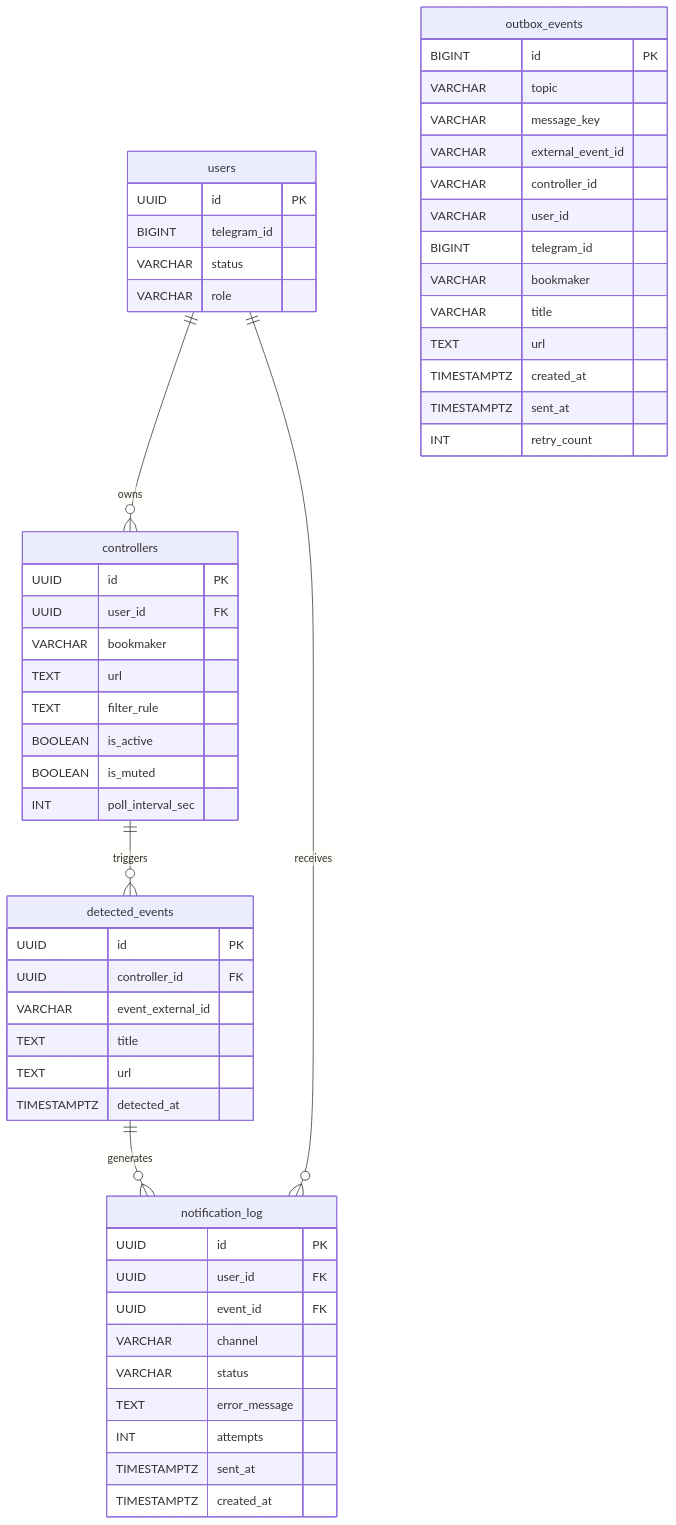
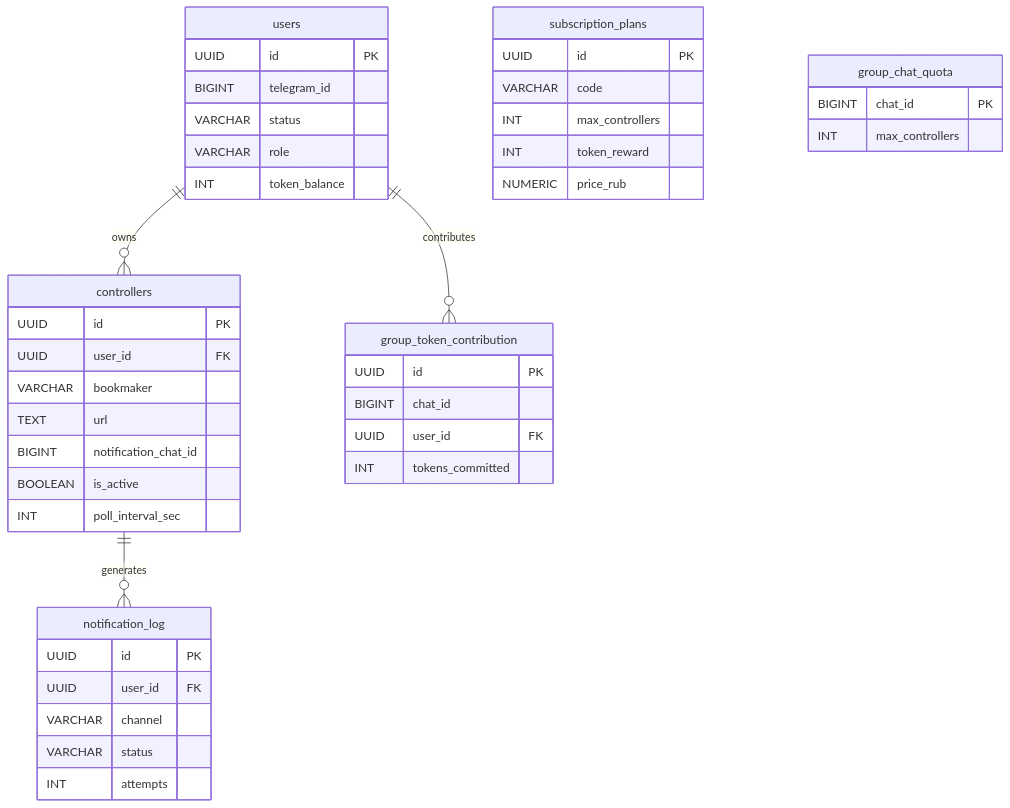
Before and after one commit to Hitman-nn/Valui_v2: the third of 3 diagrams in docs/ARCHITECTURE.md, drawn with Mermaid. The commit also changed other lines of this file and 87 other files, not shown here.

````diff
--- a/docs/ARCHITECTURE.md
+++ b/docs/ARCHITECTURE.md
@@ -625,62 +438,52 @@
 ```mermaid
 erDiagram
     users {
         UUID id PK
         BIGINT telegram_id
         VARCHAR status
         VARCHAR role
+        INT token_balance
+    }
+
+    subscription_plans {
+        UUID id PK
+        VARCHAR code
+        INT max_controllers
+        INT token_reward
+        NUMERIC price_rub
     }
 
     controllers {
         UUID id PK
         UUID user_id FK
         VARCHAR bookmaker
         TEXT url
-        TEXT filter_rule
+        BIGINT notification_chat_id
         BOOLEAN is_active
-        BOOLEAN is_muted
         INT poll_interval_sec
     }
 
-    detected_events {
-        UUID id PK
-        UUID controller_id FK
-        VARCHAR event_external_id
-        TEXT title
-        TEXT url
-        TIMESTAMPTZ detected_at
+    group_chat_quota {
+        BIGINT chat_id PK
+        INT max_controllers
     }
 
-    outbox_events {
-        BIGINT id PK
-        VARCHAR topic
-        VARCHAR message_key
-        VARCHAR external_event_id
-        VARCHAR controller_id
-        VARCHAR user_id
-        BIGINT telegram_id
-        VARCHAR bookmaker
-        VARCHAR title
-        TEXT url
-        TIMESTAMPTZ created_at
-        TIMESTAMPTZ sent_at
-        INT retry_count
+    group_token_contribution {
+        UUID id PK
+        BIGINT chat_id
+        UUID user_id FK
+        INT tokens_committed
     }
 
     notification_log {
         UUID id PK
         UUID user_id FK
-        UUID event_id FK
         VARCHAR channel
         VARCHAR status
-        TEXT error_message
         INT attempts
-        TIMESTAMPTZ sent_at
-        TIMESTAMPTZ created_at
     }
 
     users ||--o{ controllers : "owns"
-    controllers ||--o{ detected_events : "triggers"
-    detected_events ||--o{ notification_log : "generates"
-    users ||--o{ notification_log : "receives"
+    users ||--o{ group_token_contribution : "contributes"
+    controllers ||--o{ notification_log : "generates"
 ```
````
